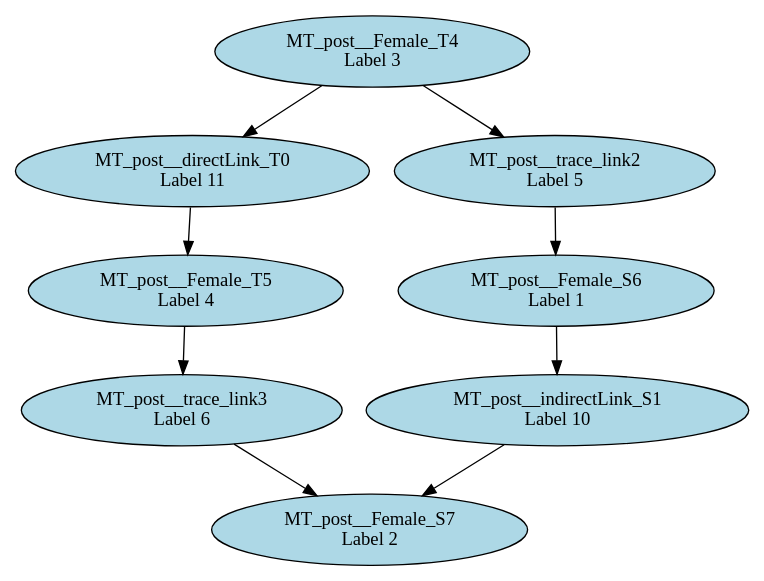
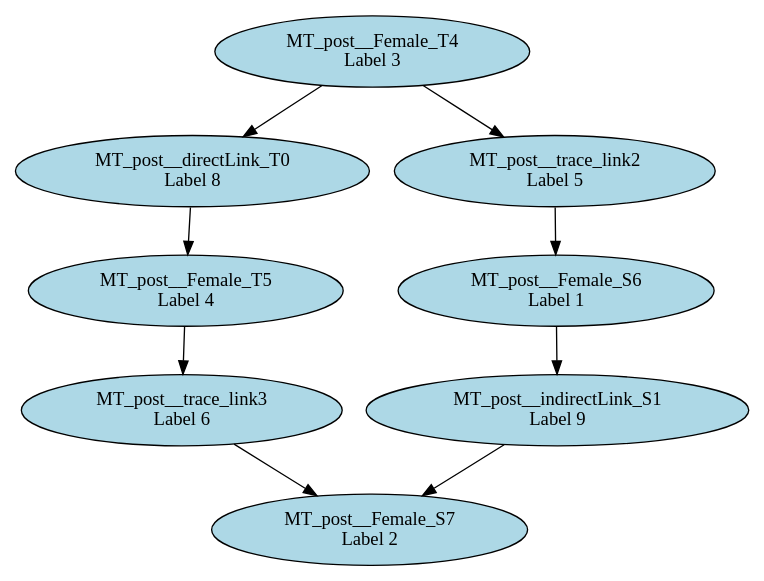
The diagram in dot/ruleCombinator_rewrite_HFF2FF_combine_0RHS.dot (levilucio/SyVOLT), drawn with Graphviz before and after one commit. The commit also changed 30 other files, not shown here.

```diff
--- a/dot/ruleCombinator_rewrite_HFF2FF_combine_0RHS.dot
+++ b/dot/ruleCombinator_rewrite_HFF2FF_combine_0RHS.dot
@@ -1,18 +1,18 @@
 digraph ruleCombinator_rewrite_HFF2FF_combine_0RHS {
-"MT_post__directLink_T0\n Label 11" [style=filled, fillcolor=lightblue];
-"MT_post__indirectLink_S1\n Label 10" [style=filled, fillcolor=lightblue];
+"MT_post__directLink_T0\n Label 8" [style=filled, fillcolor=lightblue];
+"MT_post__indirectLink_S1\n Label 9" [style=filled, fillcolor=lightblue];
 "MT_post__trace_link2\n Label 5" [style=filled, fillcolor=lightblue];
 "MT_post__trace_link3\n Label 6" [style=filled, fillcolor=lightblue];
 "MT_post__Female_T4\n Label 3" [style=filled, fillcolor=lightblue];
 "MT_post__Female_T5\n Label 4" [style=filled, fillcolor=lightblue];
 "MT_post__Female_S6\n Label 1" [style=filled, fillcolor=lightblue];
 "MT_post__Female_S7\n Label 2" [style=filled, fillcolor=lightblue];
-"MT_post__Female_T4\n Label 3" -> "MT_post__directLink_T0\n Label 11";
-"MT_post__directLink_T0\n Label 11" -> "MT_post__Female_T5\n Label 4";
+"MT_post__Female_T4\n Label 3" -> "MT_post__directLink_T0\n Label 8";
+"MT_post__directLink_T0\n Label 8" -> "MT_post__Female_T5\n Label 4";
 "MT_post__Female_T4\n Label 3" -> "MT_post__trace_link2\n Label 5";
 "MT_post__trace_link2\n Label 5" -> "MT_post__Female_S6\n Label 1";
 "MT_post__Female_T5\n Label 4" -> "MT_post__trace_link3\n Label 6";
 "MT_post__trace_link3\n Label 6" -> "MT_post__Female_S7\n Label 2";
-"MT_post__Female_S6\n Label 1" -> "MT_post__indirectLink_S1\n Label 10";
-"MT_post__indirectLink_S1\n Label 10" -> "MT_post__Female_S7\n Label 2";
+"MT_post__Female_S6\n Label 1" -> "MT_post__indirectLink_S1\n Label 9";
+"MT_post__indirectLink_S1\n Label 9" -> "MT_post__Female_S7\n Label 2";
 }
```
